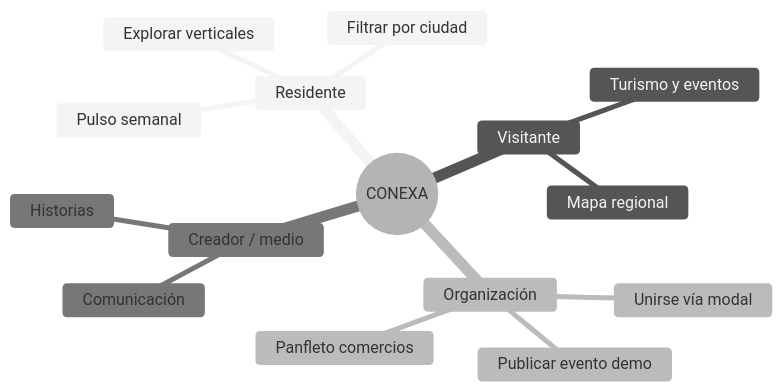
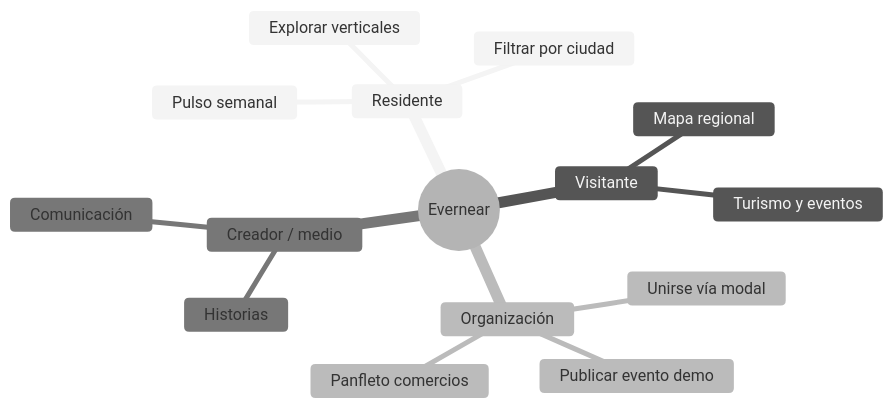
The diagram in docs/vision-producto.md (evernear-ig/evernear-site), drawn with Mermaid (neutral theme) before and after one commit. The commit also changed other lines of this file and 264 other files, not shown here.

First line of the commit message:
Rebrand codebase from Trinexus/CONEXA to Evernear.

````diff
--- a/docs/vision-producto.md
+++ b/docs/vision-producto.md
@@ -26,18 +26,18 @@
 ```mermaid
 mindmap
-  root((CONEXA))
+  root((Evernear))
     Residente
       Explorar verticales
       Filtrar por ciudad
       Pulso semanal
     Visitante
       Turismo y eventos
       Mapa regional
     Organización
       Unirse vía modal
       Publicar evento demo
       Panfleto comercios
     Creador / medio
       Historias
       Comunicación
 ```
````
